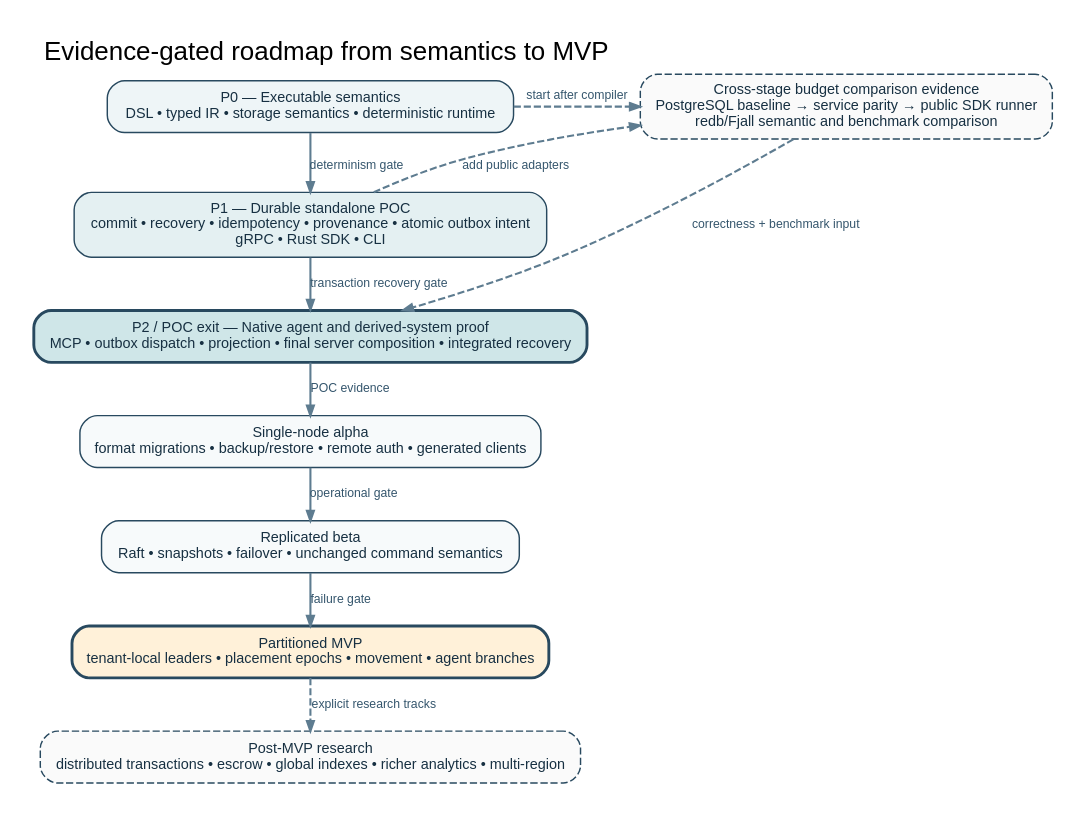
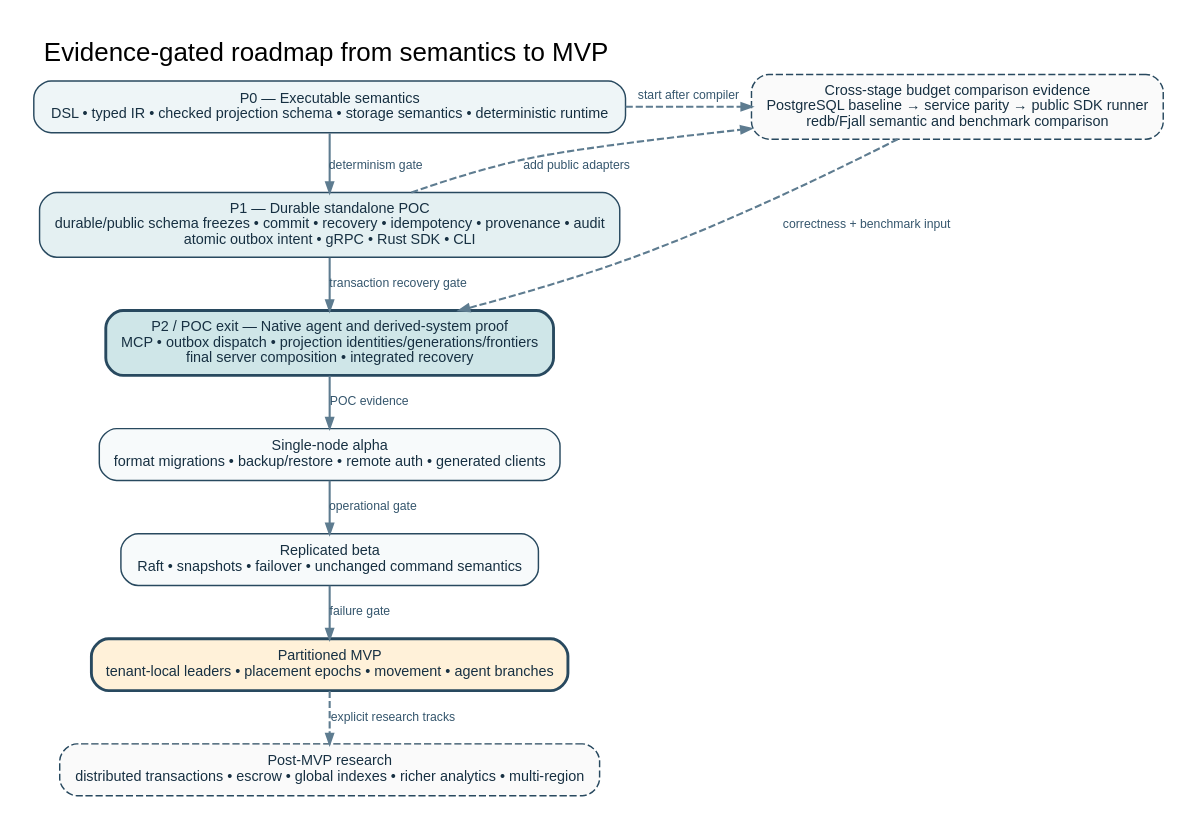
The diagram in diagrams/roadmap.dot (riffdb/riffdb), drawn with Graphviz before and after one commit. The commit also changed 27 other files, not shown here.

```diff
--- a/diagrams/roadmap.dot
+++ b/diagrams/roadmap.dot
@@ -1,24 +1,24 @@
 digraph G {
   graph [rankdir=TB, bgcolor="white", pad="0.22", nodesep="0.25", ranksep="0.38", fontname="Liberation Sans", fontsize=18, label="Evidence-gated roadmap from semantics to MVP", labelloc="t", labeljust="l"];
   node [shape=box, style="rounded,filled", fontname="Liberation Sans", fontsize=10, margin="0.16,0.08", color="#28495F", fillcolor="#F7FAFB", fontcolor="#173042"];
   edge [color="#5E7C90", penwidth=1.45, arrowsize=0.70, fontname="Liberation Sans", fontsize=8.5, fontcolor="#35566D"];
 
-  p0 [label="P0 — Executable semantics\nDSL • typed IR • storage semantics • deterministic runtime", fillcolor="#EEF5F7"];
-  p1 [label="P1 — Durable standalone POC\ncommit • recovery • idempotency • provenance • atomic outbox intent\ngRPC • Rust SDK • CLI", fillcolor="#E4F0F2"];
-  p2 [label="P2 / POC exit — Native agent and derived-system proof\nMCP • outbox dispatch • projection • final server composition • integrated recovery", fillcolor="#CFE6E8", penwidth=2.0];
+  p0 [label="P0 — Executable semantics\nDSL • typed IR • checked projection schema • storage semantics • deterministic runtime", fillcolor="#EEF5F7"];
+  p1 [label="P1 — Durable standalone POC\ndurable/public schema freezes • commit • recovery • idempotency • provenance • audit\natomic outbox intent • gRPC • Rust SDK • CLI", fillcolor="#E4F0F2"];
+  p2 [label="P2 / POC exit — Native agent and derived-system proof\nMCP • outbox dispatch • projection identities/generations/frontiers\nfinal server composition • integrated recovery", fillcolor="#CFE6E8", penwidth=2.0];
   evidence [label="Cross-stage budget comparison evidence\nPostgreSQL baseline → service parity → public SDK runner\nredb/Fjall semantic and benchmark comparison", style="rounded,filled,dashed", fillcolor="#FAFAFA"];
   a [label="Single-node alpha\nformat migrations • backup/restore • remote auth • generated clients"];
   b [label="Replicated beta\nRaft • snapshots • failover • unchanged command semantics"];
   c [label="Partitioned MVP\ntenant-local leaders • placement epochs • movement • agent branches", fillcolor="#FFF1D9", penwidth=2.0];
   post [label="Post-MVP research\ndistributed transactions • escrow • global indexes • richer analytics • multi-region", style="rounded,filled,dashed", fillcolor="#FAFAFA"];
 
   p0 -> p1 [label="determinism gate"];
   p1 -> p2 [label="transaction recovery gate"];
   p0 -> evidence [style=dashed, label="start after compiler", constraint=false];
   p1 -> evidence [style=dashed, label="add public adapters", constraint=false];
   evidence -> p2 [style=dashed, label="correctness + benchmark input", constraint=false];
   p2 -> a [label="POC evidence"];
   a -> b [label="operational gate"];
   b -> c [label="failure gate"];
   c -> post [style=dashed, label="explicit research tracks"];
 }
```
